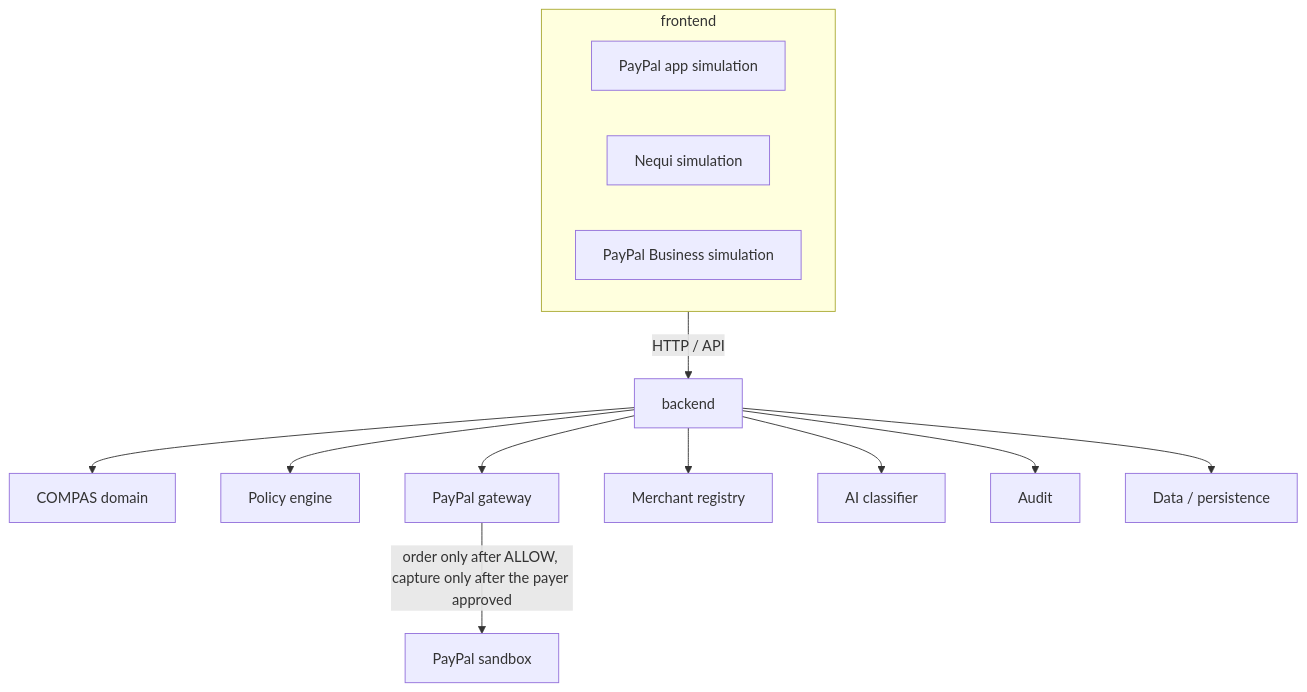
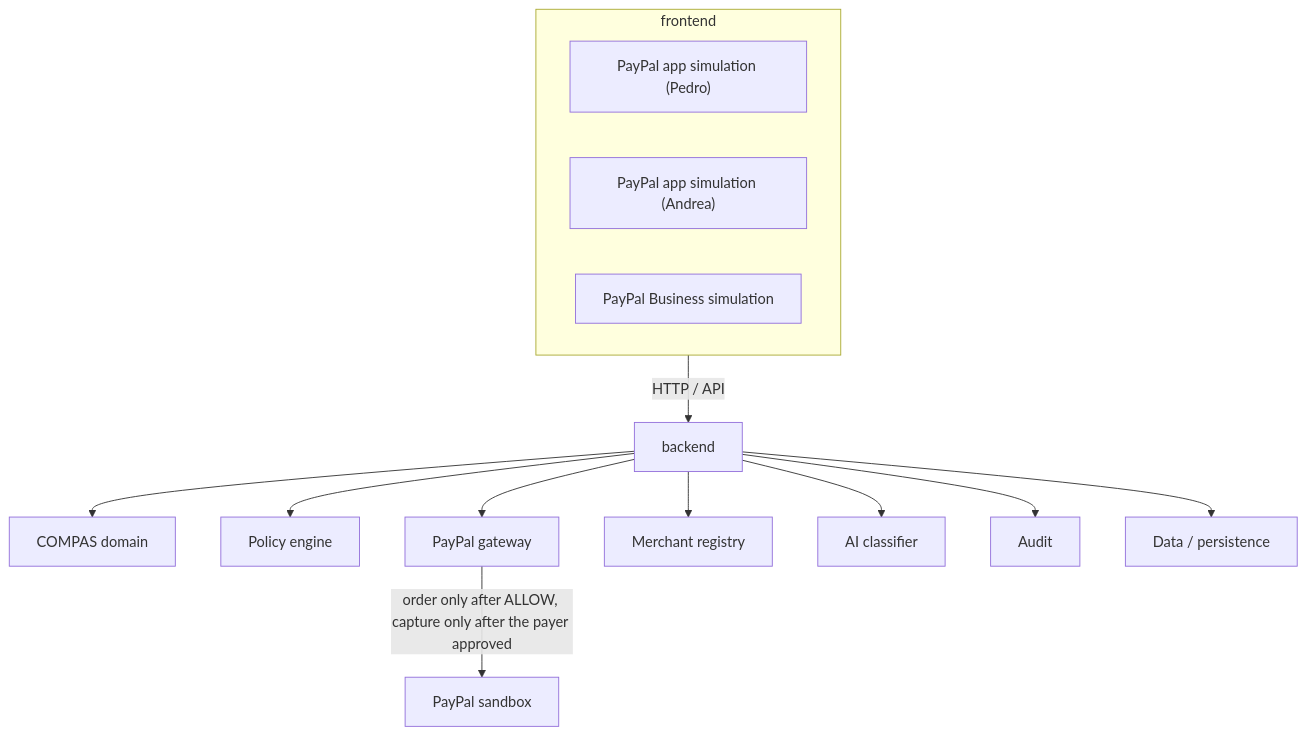
The first of 4 diagrams in docs/03-architecture.md (Juanqu261/compas-paypal), drawn with Mermaid before and after one commit. The commit also changed other lines of this file and 41 other files, not shown here.

````diff
--- a/docs/03-architecture.md
+++ b/docs/03-architecture.md
@@ -9,28 +9,28 @@
 ```mermaid
 flowchart TB
   subgraph frontendApp ["frontend"]
-    paypalApp["PayPal app simulation"]
-    nequi["Nequi simulation"]
+    paypalApp["PayPal app simulation (Pedro)"]
+    delegateApp["PayPal app simulation (Andrea)"]
     business["PayPal Business simulation"]
   end
 
   backendApp["backend"]
   domain["COMPAS domain"]
   policy["Policy engine"]
   gateway["PayPal gateway"]
   registry["Merchant registry"]
   classifier["AI classifier"]
   audit["Audit"]
   dataStore["Data / persistence"]
   paypal["PayPal sandbox"]
 
   frontendApp -->|"HTTP / API"| backendApp
   backendApp --> domain
   backendApp --> policy
   backendApp --> gateway
   backendApp --> registry
   backendApp --> classifier
   backendApp --> audit
   backendApp --> dataStore
   gateway -->|"order only after ALLOW, capture only after the payer approved"| paypal
 ```
````
